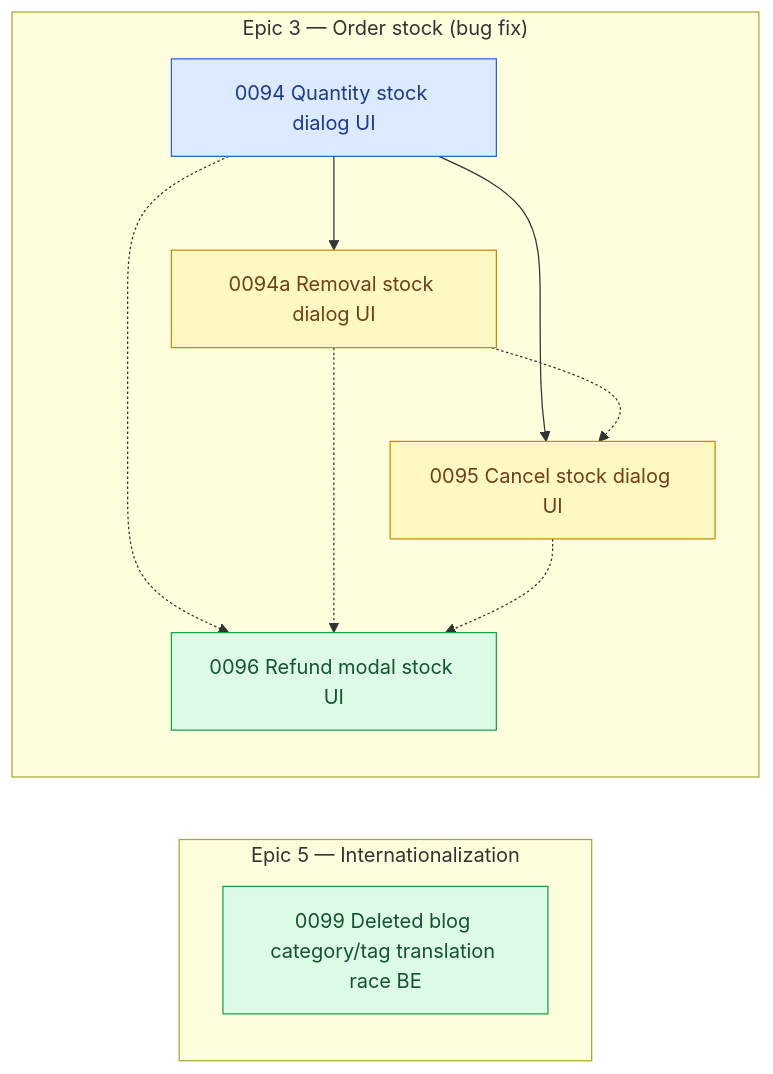
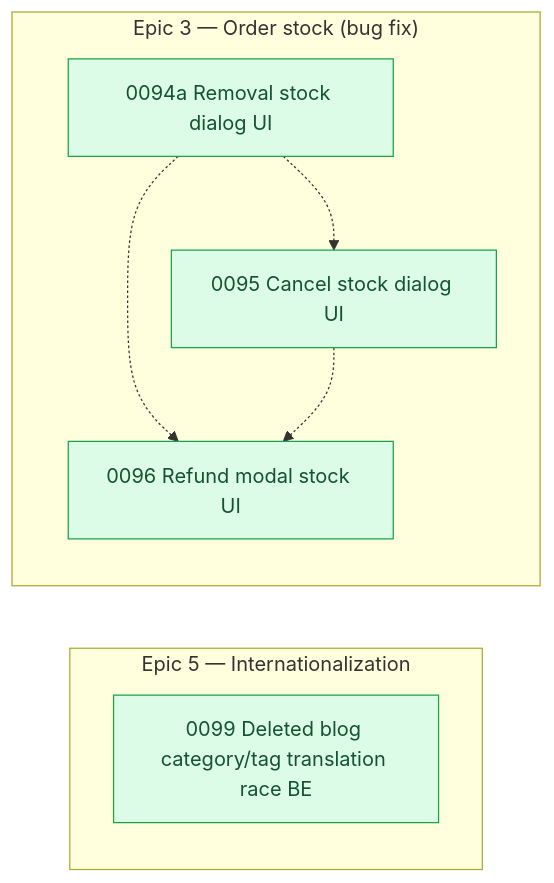
Before and after one commit to shojen/AI4Devs-finalproject: the diagram in arospe/ai-spec/tasks-map.md, drawn with Mermaid. The commit also changed other lines of this file and 9 other files, not shown here.

```diff
--- a/arospe/ai-spec/tasks-map.md
+++ b/arospe/ai-spec/tasks-map.md
@@ -643,22 +642,16 @@
 
     subgraph PEND_STOCK["Epic 3 — Order stock (bug fix)"]
         direction TB
-        P0094["0094 Quantity stock dialog UI"]
         P0094a["0094a Removal stock dialog UI"]
         P0095["0095 Cancel stock dialog UI"]
         P0096["0096 Refund modal stock UI"]
     end
     %% (P0089 merged into P0088 and P0092 split into P0092a/P0092b on 2026-11-08; their nodes and edges are dropped.)
     %% (P0088 --> P0090/P0091/P0092b replaced by P0088 --> P0088a --> … on 2026-11-08, review #4 split.)
-    P0094 --> P0094a
-    P0094 --> P0095
     P0094a -.-> P0095
-    P0094 -.-> P0096
     P0094a -.-> P0096
     P0095 -.-> P0096
-    class P0096 ready;
-    class P0094 claimed;
-    class P0094a,P0095 pending;
+    class P0094a,P0095,P0096 ready;
 
     %% Standalone (no PRD epic)
     %% (P0082's own node dropped: 0082 closed to done/ this pass, per the update at the top of this file.)
```
